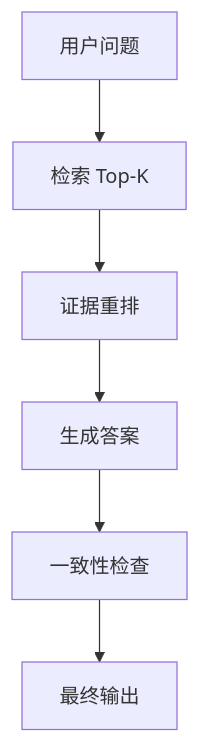
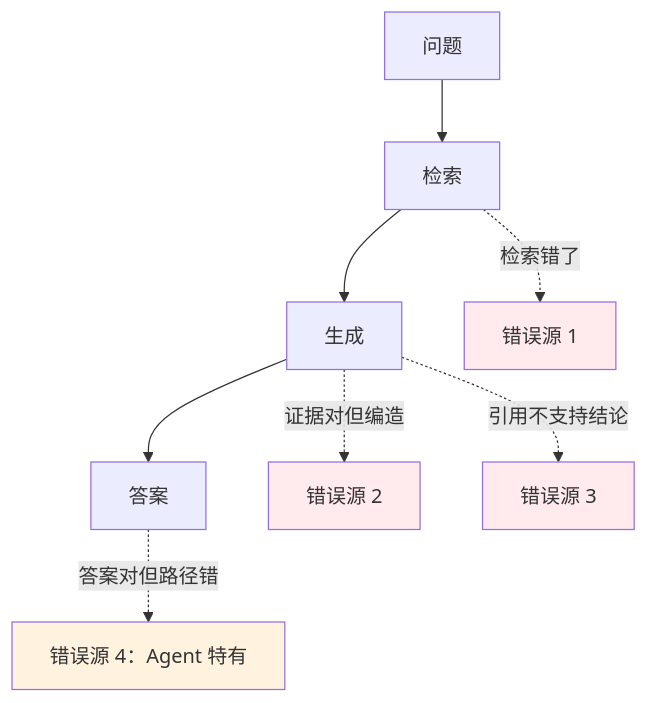
Before and after one commit to dwSun/AI-Tutorial: the first of 3 diagrams in chapters/PART16-评测监控与治理/16-2-RAG与Agent评测.md, drawn with Mermaid. The commit also changed other lines of this file and 47 other files, not shown here.

````diff
--- a/chapters/PART16-评测监控与治理/16-2-RAG与Agent评测.md
+++ b/chapters/PART16-评测监控与治理/16-2-RAG与Agent评测.md
@@ -28,8 +17,14 @@
 ```mermaid
 flowchart TD
-    Q[用户问题] --> R[检索 Top-K]
-    R --> C[证据重排]
-    C --> G[生成答案]
-    G --> V[一致性检查]
-    V --> O[最终输出]
+    Q[问题] --> R[检索]
+    R --> G[生成]
+    G --> A[答案]
+    R -.->|"检索错了"| E1[错误源 1]
+    G -.->|"证据对但编造"| E2[错误源 2]
+    G -.->|"引用不支持结论"| E3[错误源 3]
+    A -.->|"答案对但路径错"| E4[错误源 4：Agent 特有]
+    style E1 fill:#ffebee
+    style E2 fill:#ffebee
+    style E3 fill:#ffebee
+    style E4 fill:#fff3e0
 ```
````
